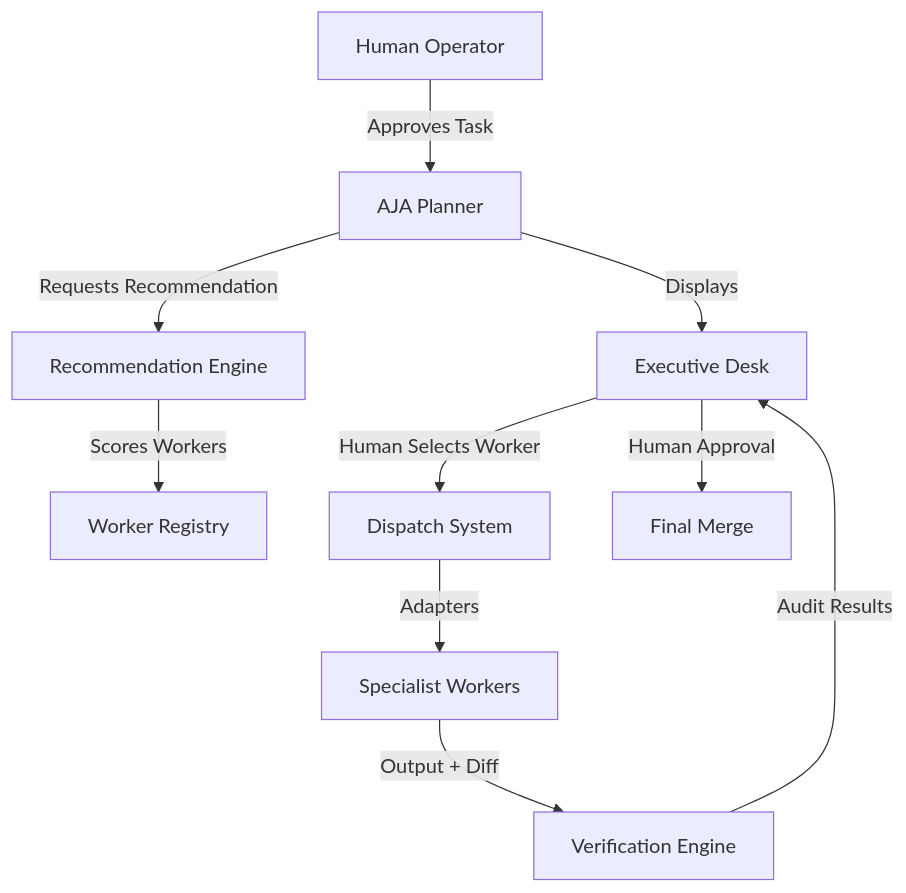
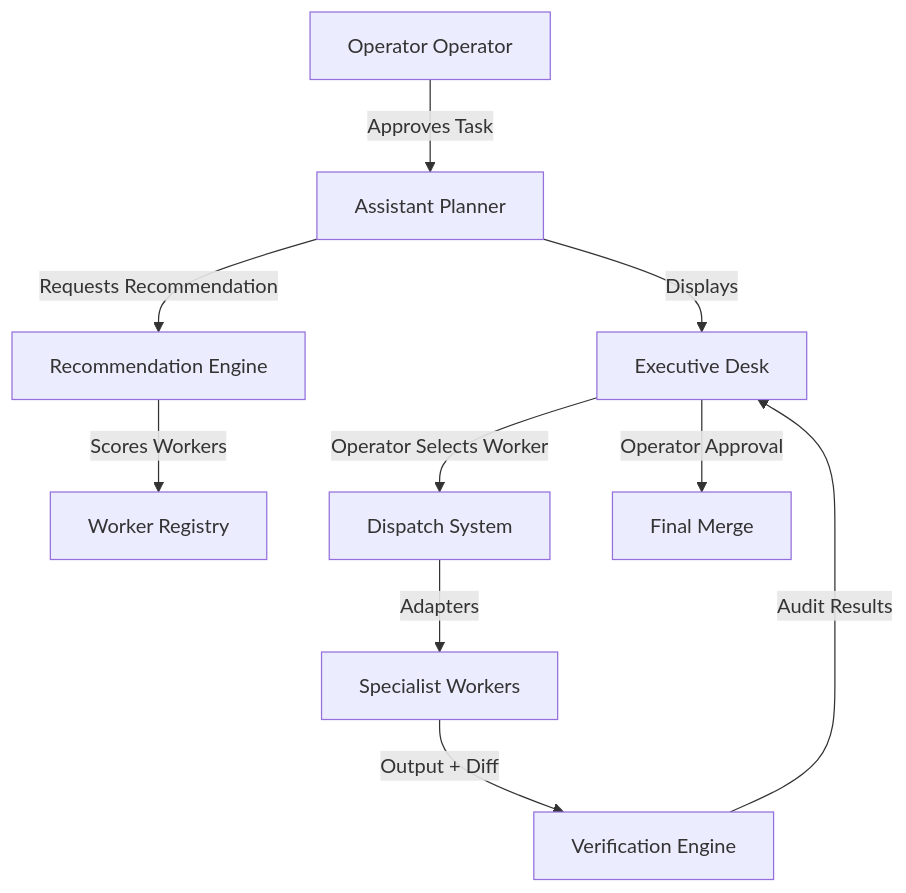
The diagram in docs/PHASE_6_CONTROLLED_EXECUTION.md (anixes/AJA), drawn with Mermaid before and after one commit. The commit also changed other lines of this file and 395 other files, not shown here.

````diff
--- a/docs/PHASE_6_CONTROLLED_EXECUTION.md
+++ b/docs/PHASE_6_CONTROLLED_EXECUTION.md
@@ -13,12 +13,12 @@
 ```mermaid
 graph TD
-    User[Human Operator] -->|Approves Task| Planner[AJA Planner]
+    User[Operator Operator] -->|Approves Task| Planner[Assistant Planner]
     Planner -->|Requests Recommendation| RE[Recommendation Engine]
     RE -->|Scores Workers| WR[Worker Registry]
     Planner -->|Displays| Dashboard[Executive Desk]
-    Dashboard -->|Human Selects Worker| Dispatch[Dispatch System]
+    Dashboard -->|Operator Selects Worker| Dispatch[Dispatch System]
     Dispatch -->|Adapters| Workers[Specialist Workers]
     Workers -->|Output + Diff| VE[Verification Engine]
     VE -->|Audit Results| Dashboard
-    Dashboard -->|Human Approval| Merge[Final Merge]
+    Dashboard -->|Operator Approval| Merge[Final Merge]
 ```
````
